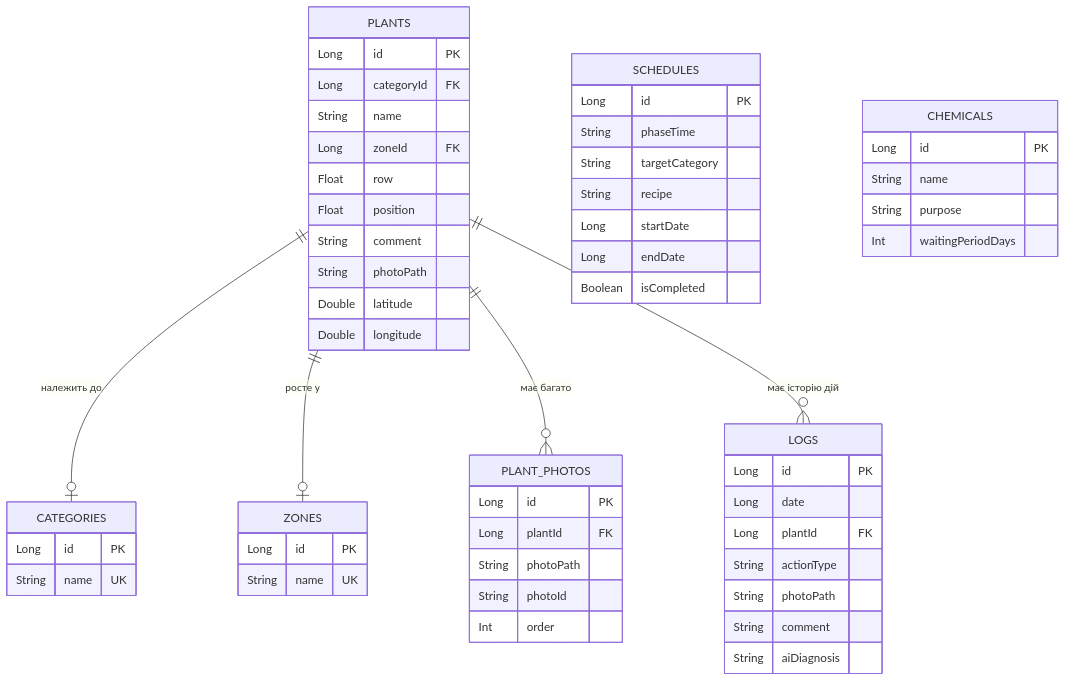
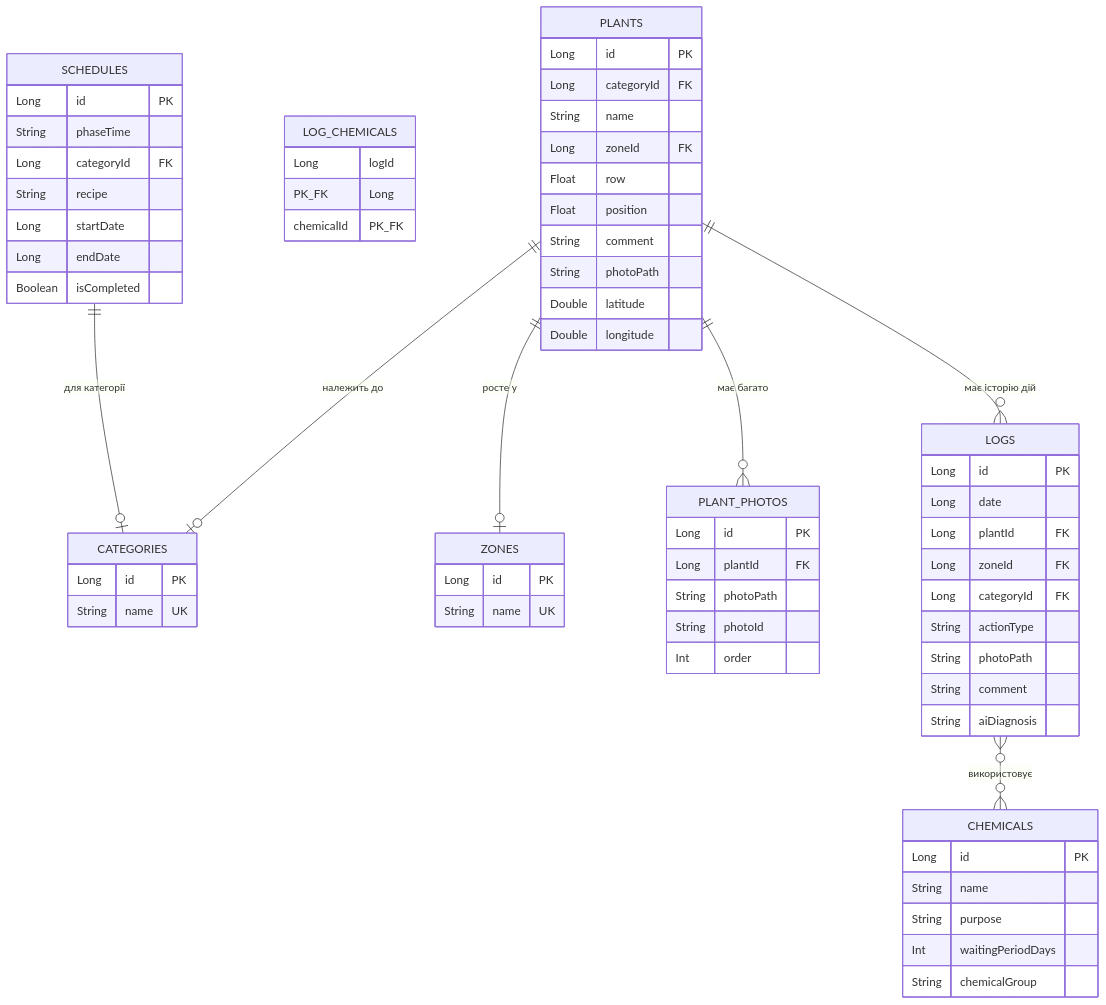
One commit to aviantcore/Fazenda changed the diagram in DOCUMENTATION.md. Above: the diagram before and after it, drawn with Mermaid. The commit also changed other lines of this file and 5 other files, not shown here.

````diff
--- a/DOCUMENTATION.md
+++ b/DOCUMENTATION.md
@@ -98,59 +93,68 @@
 ```mermaid
 erDiagram
     PLANTS {
         Long id PK
         Long categoryId FK
         String name
         Long zoneId FK
         Float row
         Float position
         String comment
         String photoPath
         Double latitude
         Double longitude
     }
     CATEGORIES {
         Long id PK
         String name UK
     }
     ZONES {
         Long id PK
         String name UK
     }
     PLANT_PHOTOS {
         Long id PK
         Long plantId FK
         String photoPath
         String photoId
         Int order
     }
     LOGS {
         Long id PK
         Long date
         Long plantId FK
+        Long zoneId FK
+        Long categoryId FK
         String actionType
         String photoPath
         String comment
         String aiDiagnosis
-    }
-    SCHEDULES {
-        Long id PK
-        String phaseTime
-        String targetCategory
-        String recipe
-        Long startDate
-        Long endDate
-        Boolean isCompleted
     }
     CHEMICALS {
         Long id PK
         String name
         String purpose
         Int waitingPeriodDays
+        String chemicalGroup
+    }
+    LOG_CHEMICALS {
+        Long logId PK_FK
+        Long chemicalId PK_FK
+    }
+    SCHEDULES {
+        Long id PK
+        String phaseTime
+        Long categoryId FK
+        String recipe
+        Long startDate
+        Long endDate
+        Boolean isCompleted
     }
 
     PLANTS ||--o| CATEGORIES : "належить до"
     PLANTS ||--o| ZONES : "росте у"
     PLANTS ||--o{ PLANT_PHOTOS : "має багато"
     PLANTS ||--o{ LOGS : "має історію дій"
+    LOGS }o--o{ CHEMICALS : "використовує"
+    SCHEDULES ||--o| CATEGORIES : "для категорії"
 ```
````
